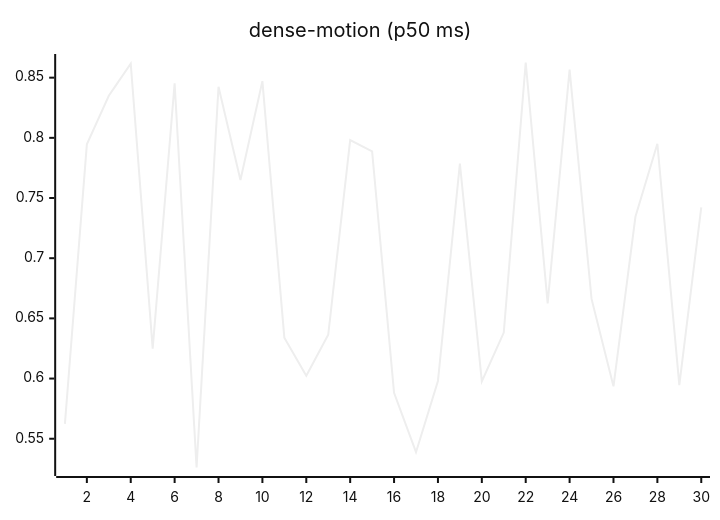
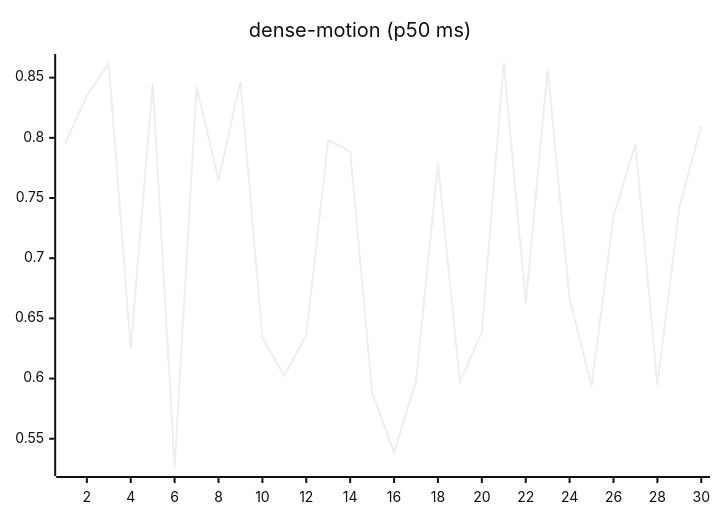
Before and after one commit to josha/Facet: the ninth of 27 diagrams in README.md, drawn with Mermaid (neutral theme). The commit also changed other lines of this file and 2 other files, not shown here.

````diff
--- a/README.md
+++ b/README.md
@@ -119,6 +119,6 @@
 ```mermaid
 xychart-beta
     title "dense-motion (p50 ms)"
     x-axis 1 --> 30
-    line [0.5623, 0.7946, 0.8350, 0.8616, 0.6249, 0.8453, 0.5261, 0.8424, 0.7649, 0.8471, 0.6340, 0.6023, 0.6364, 0.7981, 0.7888, 0.5881, 0.5388, 0.5980, 0.7785, 0.5976, 0.6382, 0.8626, 0.6624, 0.8567, 0.6662, 0.5935, 0.7344, 0.7951, 0.5946, 0.7422]
+    line [0.7946, 0.8350, 0.8616, 0.6249, 0.8453, 0.5261, 0.8424, 0.7649, 0.8471, 0.6340, 0.6023, 0.6364, 0.7981, 0.7888, 0.5881, 0.5388, 0.5980, 0.7785, 0.5976, 0.6382, 0.8626, 0.6624, 0.8567, 0.6662, 0.5935, 0.7344, 0.7951, 0.5946, 0.7422, 0.8099]
 ```
````
